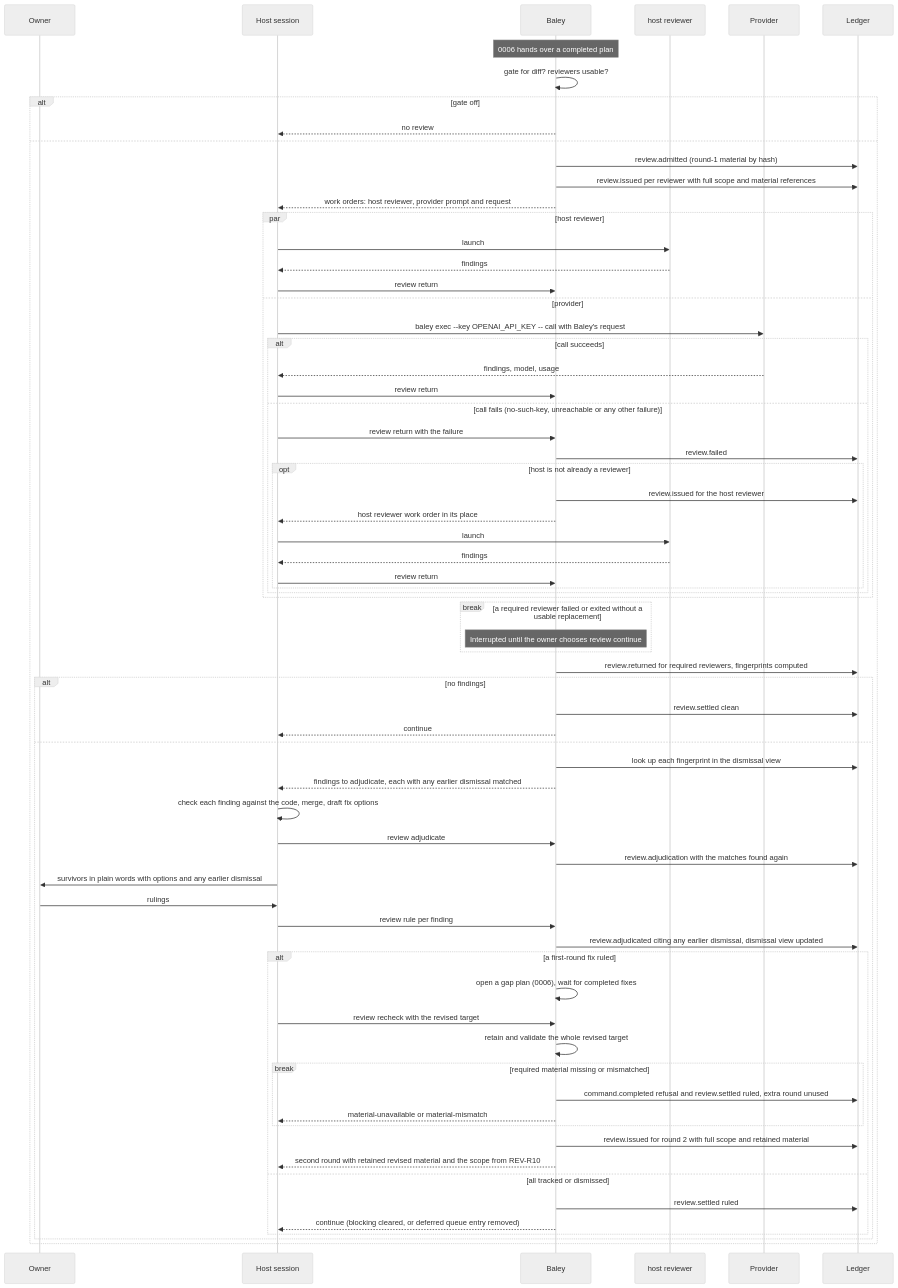
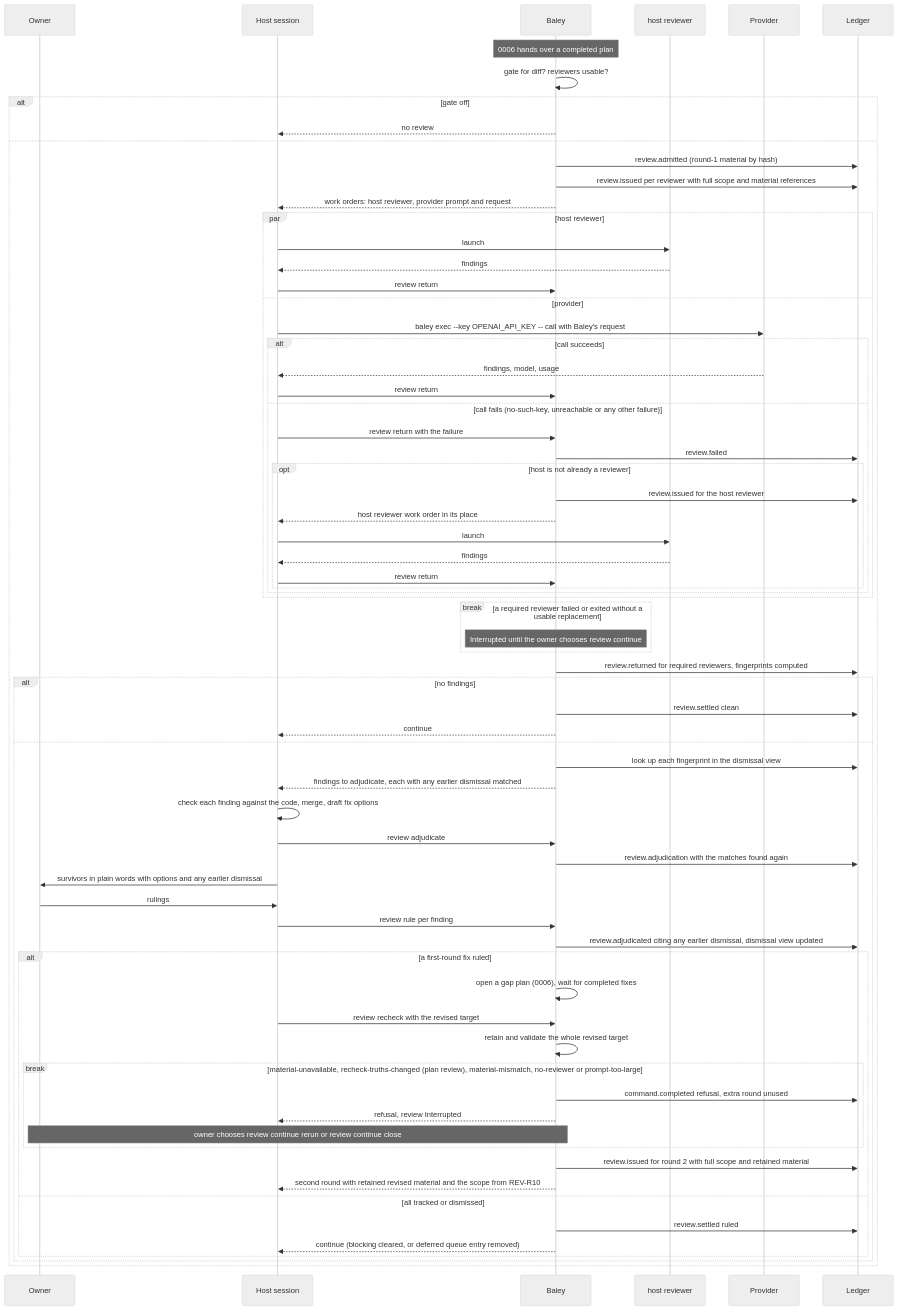
Before and after one commit to crenshawdev/baley: the fourth of 6 diagrams in docs/design/0008-review.md, drawn with Mermaid (neutral theme). The commit also changed other lines of this file and 3 other files, not shown here.

````diff
--- a/docs/design/0008-review.md
+++ b/docs/design/0008-review.md
@@ -285,71 +285,72 @@
 ```mermaid
 sequenceDiagram
   participant O as Owner
   participant H as Host session
   participant B as Baley
   participant R as host reviewer
   participant P as Provider
   participant L as Ledger
   Note over B: 0006 hands over a completed plan
   B->>B: gate for diff? reviewers usable?
   alt gate off
     B-->>H: no review
   else
     B->>L: review.admitted (round-1 material by hash)
     B->>L: review.issued per reviewer with full scope and material references
     B-->>H: work orders: host reviewer, provider prompt and request
     par host reviewer
       H->>R: launch
       R-->>H: findings
       H->>B: review return
     and provider
       H->>P: baley exec --key OPENAI_API_KEY -- call with Baley's request
       alt call succeeds
         P-->>H: findings, model, usage
         H->>B: review return
       else call fails (no-such-key, unreachable or any other failure)
         H->>B: review return with the failure
         B->>L: review.failed
         opt host is not already a reviewer
           B->>L: review.issued for the host reviewer
           B-->>H: host reviewer work order in its place
           H->>R: launch
           R-->>H: findings
           H->>B: review return
         end
       end
     end
     break a required reviewer failed or exited without a usable replacement
       Note over B: Interrupted until the owner chooses review continue
     end
     B->>L: review.returned for required reviewers, fingerprints computed
     alt no findings
       B->>L: review.settled clean
       B-->>H: continue
     else
       B->>L: look up each fingerprint in the dismissal view
       B-->>H: findings to adjudicate, each with any earlier dismissal matched
       H->>H: check each finding against the code, merge, draft fix options
       H->>B: review adjudicate
       B->>L: review.adjudication with the matches found again
       H->>O: survivors in plain words with options and any earlier dismissal
       O->>H: rulings
       H->>B: review rule per finding
       B->>L: review.adjudicated citing any earlier dismissal, dismissal view updated
       alt a first-round fix ruled
         B->>B: open a gap plan (0006), wait for completed fixes
         H->>B: review recheck with the revised target
         B->>B: retain and validate the whole revised target
-        break required material missing or mismatched
-          B->>L: command.completed refusal and review.settled ruled, extra round unused
-          B-->>H: material-unavailable or material-mismatch
+        break material-unavailable, recheck-truths-changed (plan review), material-mismatch, no-reviewer or prompt-too-large
+          B->>L: command.completed refusal, extra round unused
+          B-->>H: refusal, review Interrupted
+          Note over O,B: owner chooses review continue rerun or review continue close
         end
         B->>L: review.issued for round 2 with full scope and retained material
         B-->>H: second round with retained revised material and the scope from REV-R10
       else all tracked or dismissed
         B->>L: review.settled ruled
         B-->>H: continue (blocking cleared, or deferred queue entry removed)
       end
     end
   end
 ```
````
